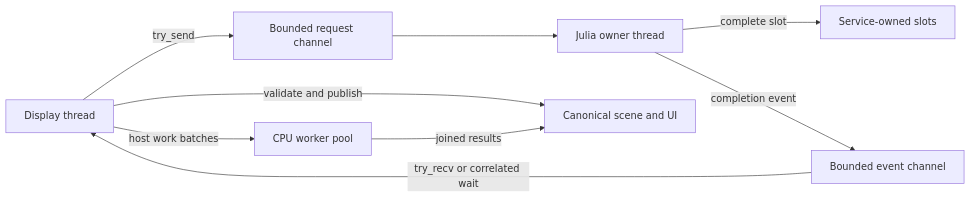
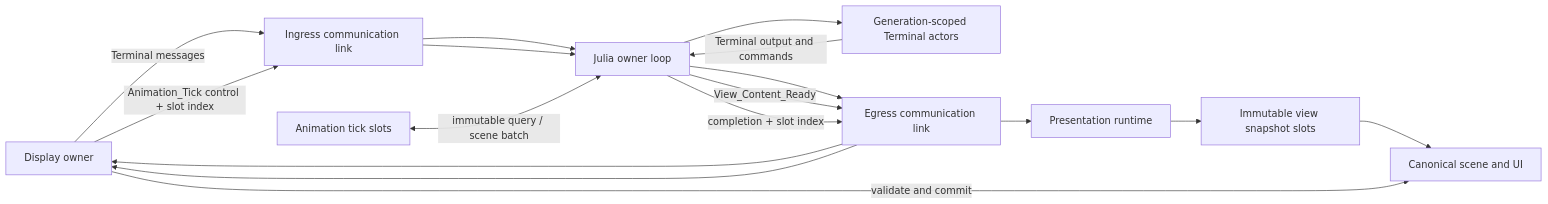
Before and after one commit to derekshoneycutt/Euclid: the first of 2 diagrams in docs/wiki/Guides/JuliaThreadArchitecture.md, drawn with Mermaid. The commit also changed other lines of this file and 2 other files, not shown here.

````diff
--- a/docs/wiki/Guides/JuliaThreadArchitecture.md
+++ b/docs/wiki/Guides/JuliaThreadArchitecture.md
@@ -66,19 +74,22 @@
 ```mermaid
 flowchart LR
-    D[Display thread]
-    R[Bounded request channel]
-    J[Julia owner thread]
-    E[Bounded event channel]
-    S[Service-owned slots]
-    C[Canonical scene and UI]
-    P[CPU worker pool]
+  D[Display owner]
+  RI[Ingress communication link]
+  J[Julia owner loop]
+  A[Generation-scoped Terminal actors]
+  RE[Egress communication link]
+  PR[Presentation runtime]
+  VS[Immutable view snapshot slots]
+  TS[Animation tick slots]
+  C[Canonical scene and UI]
 
-    D -->|try_send| R
-    R --> J
-    J -->|complete slot| S
-    J -->|completion event| E
-    E -->|try_recv or correlated wait| D
-    D -->|validate and publish| C
-    D -->|host work batches| P
-    P -->|joined results| C
+  D -->|Terminal messages| RI --> J --> A
+  A -->|Terminal output and commands| J --> RE --> D
+
+  J -->|View_Content_Ready| RE --> PR --> VS --> C
+
+  D -->|Animation_Tick control + slot index| RI --> J
+  TS <-->|immutable query / scene batch| J
+  J -->|completion + slot index| RE --> D
+  D -->|validate and commit| C
 ```
````
